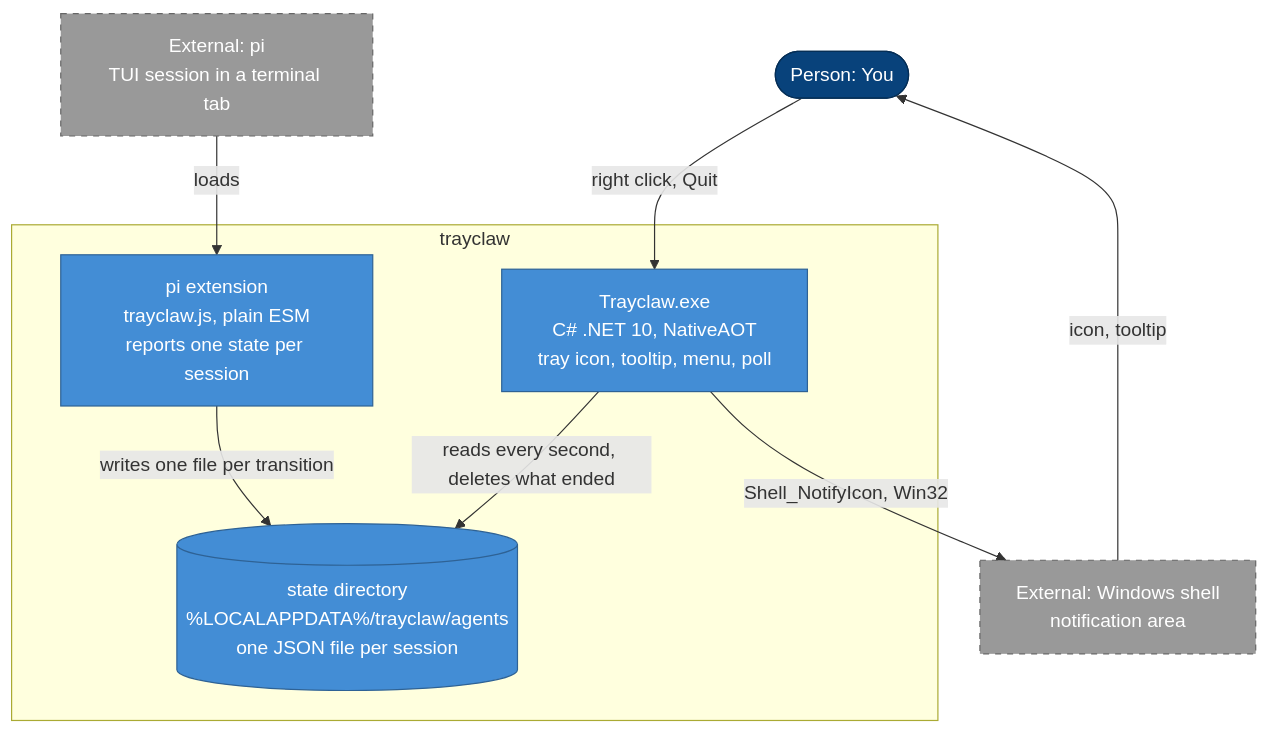
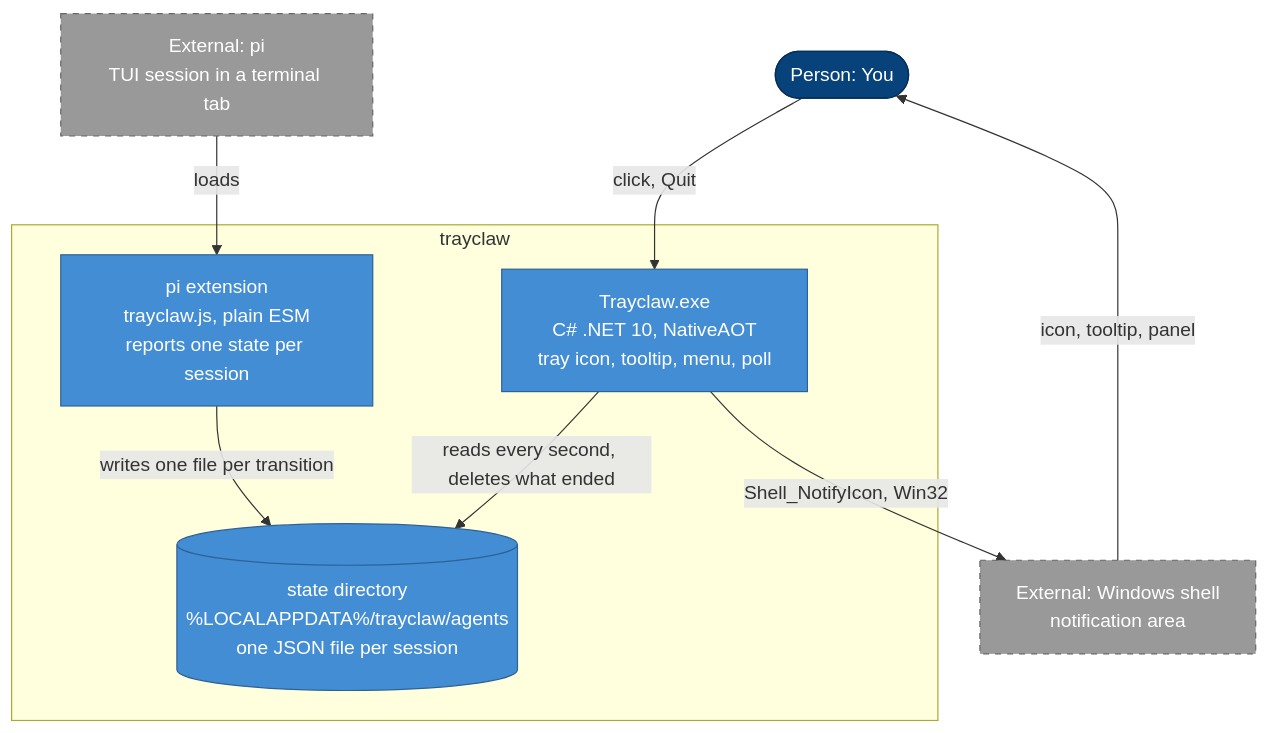
One commit to ypyl/picadence changed the second of 2 diagrams in ARCHITECTURE.md. Above: the diagram before and after it, drawn with Mermaid. The commit also changed other lines of this file and 14 other files, not shown here.

````diff
--- a/ARCHITECTURE.md
+++ b/ARCHITECTURE.md
@@ -32,32 +32,32 @@
 ```mermaid
 flowchart TB
   user(["Person: You"])
 
   subgraph trayclaw["trayclaw"]
     app["Trayclaw.exe<br/>C# .NET 10, NativeAOT<br/>tray icon, tooltip, menu, poll"]
     ext["pi extension<br/>trayclaw.js, plain ESM<br/>reports one state per session"]
     store[("state directory<br/>%LOCALAPPDATA%/trayclaw/agents<br/>one JSON file per session")]
   end
 
   pi["External: pi<br/>TUI session in a terminal tab"]
   os["External: Windows shell<br/>notification area"]
 
-  user -->|"right click, Quit"| app
+  user -->|"click, Quit"| app
   app -->|"Shell_NotifyIcon, Win32"| os
-  os -->|"icon, tooltip"| user
+  os -->|"icon, tooltip, panel"| user
   pi -->|"loads"| ext
   ext -->|"writes one file per transition"| store
   app -->|"reads every second, deletes what ended"| store
 
   classDef person fill:#08427B,color:#fff,stroke:#052E56
   classDef container fill:#438DD5,color:#fff,stroke:#2E6295
   classDef store fill:#438DD5,color:#fff,stroke:#2E6295
   classDef external fill:#999999,color:#fff,stroke:#666666,stroke-dasharray:5 5
 
   class user person
   class app container
   class ext container
   class store store
   class pi external
   class os external
 ```
````
